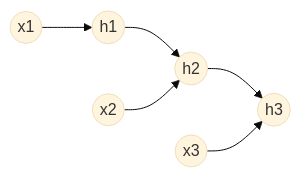
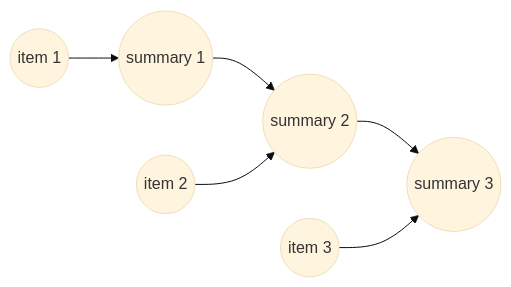
One commit to KathpaliaChirag/Nanopore-project changed the second of 4 diagrams in MAMBA_MHA_EXPLAINER.md. Above: the diagram before and after it, drawn with Mermaid (base theme). The commit also changed other lines of this file, not shown here.

````diff
--- a/MAMBA_MHA_EXPLAINER.md
+++ b/MAMBA_MHA_EXPLAINER.md
@@ -122,6 +172,6 @@
 ```mermaid
 graph LR
-    x1((x1)) --> h1((h1)) --> h2((h2)) --> h3((h3))
-    x2((x2)) --> h2
-    x3((x3)) --> h3
+    x1((item 1)) --> h1((summary 1)) --> h2((summary 2)) --> h3((summary 3))
+    x2((item 2)) --> h2
+    x3((item 3)) --> h3
 ```
````
